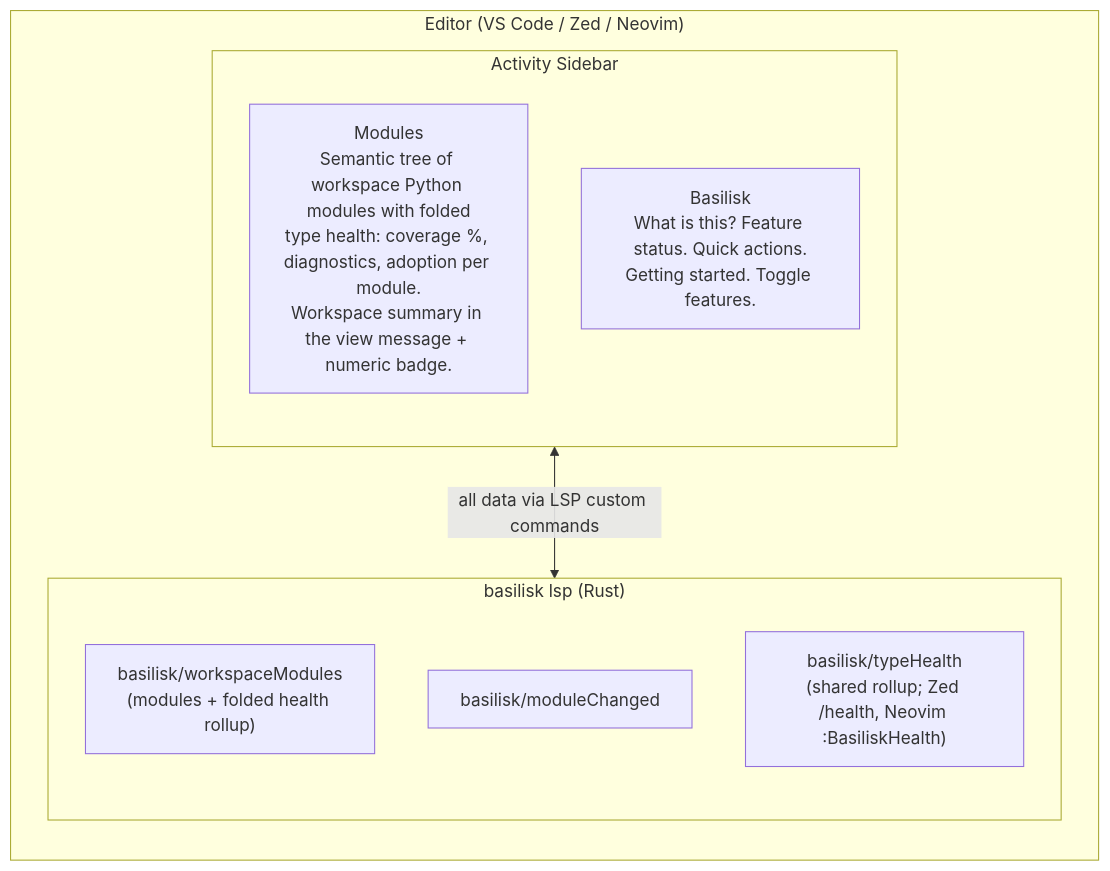
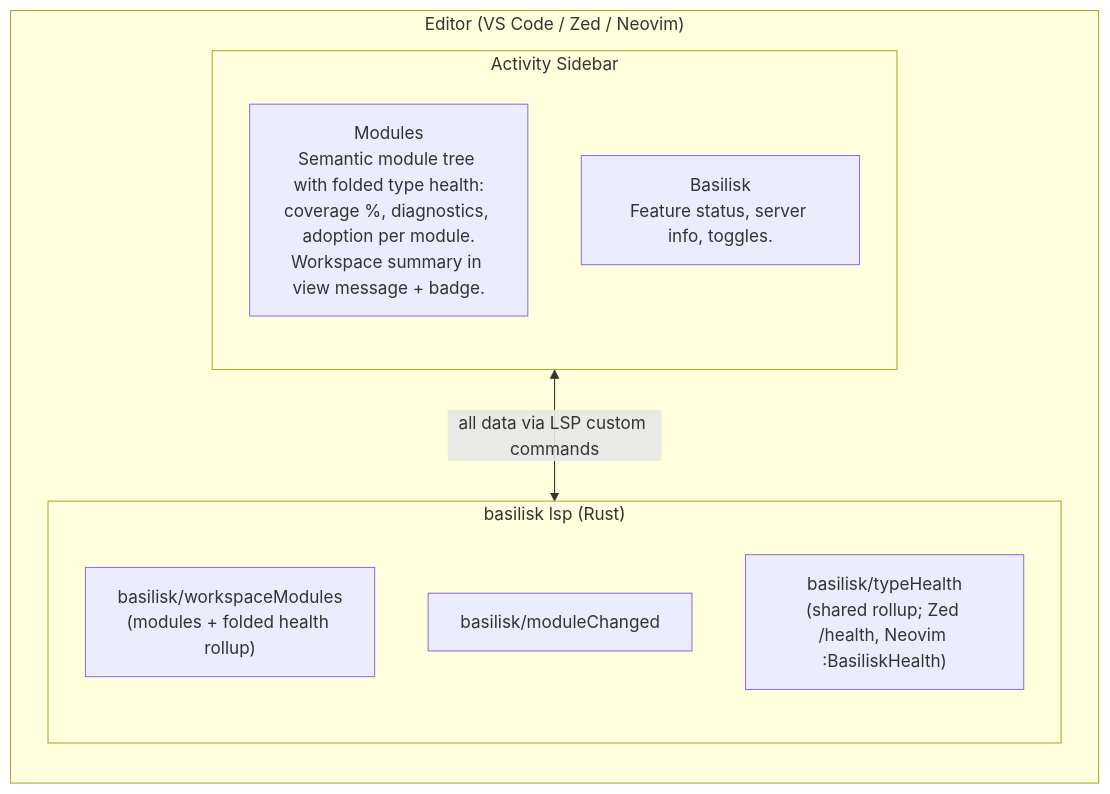
Before and after one commit to Nimblesite/Basilisk: the diagram in docs/specs/EXTENSION-ACTIVITY-PANEL-SPEC.md, drawn with Mermaid. The commit also changed other lines of this file and 126 other files, not shown here.

````diff
--- a/docs/specs/EXTENSION-ACTIVITY-PANEL-SPEC.md
+++ b/docs/specs/EXTENSION-ACTIVITY-PANEL-SPEC.md
@@ -24,19 +20,19 @@
 ```mermaid
 flowchart TB
     subgraph Editor["Editor (VS Code / Zed / Neovim)"]
         direction TB
         subgraph Sidebar["Activity Sidebar"]
             direction TB
-            ME["Modules<br/>Semantic tree of workspace Python modules with folded<br/>type health: coverage %, diagnostics, adoption per module.<br/>Workspace summary in the view message + numeric badge."]
-            BK["Basilisk<br/>What is this? Feature status. Quick actions.<br/>Getting started. Toggle features."]
+            ME["Modules<br/>Semantic module tree with folded type health:<br/>coverage %, diagnostics, adoption per module.<br/>Workspace summary in view message + badge."]
+            BK["Basilisk<br/>Feature status, server info, toggles."]
         end
         subgraph LSP["basilisk lsp (Rust)"]
             direction TB
             C1["basilisk/workspaceModules<br/>(modules + folded health rollup)"]
             C2["basilisk/moduleChanged"]
             C3["basilisk/typeHealth<br/>(shared rollup; Zed /health, Neovim :BasiliskHealth)"]
         end
     end
 
     Sidebar <-->|"all data via LSP custom commands"| LSP
 ```
````
